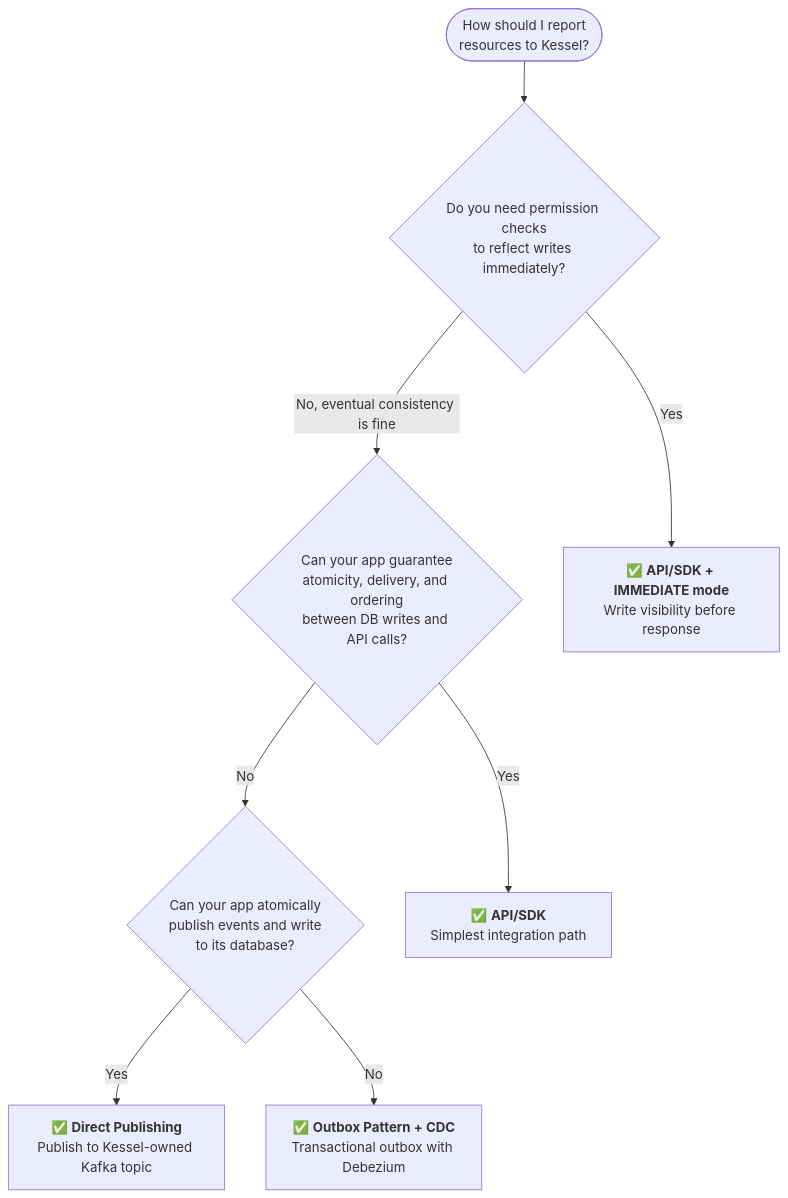
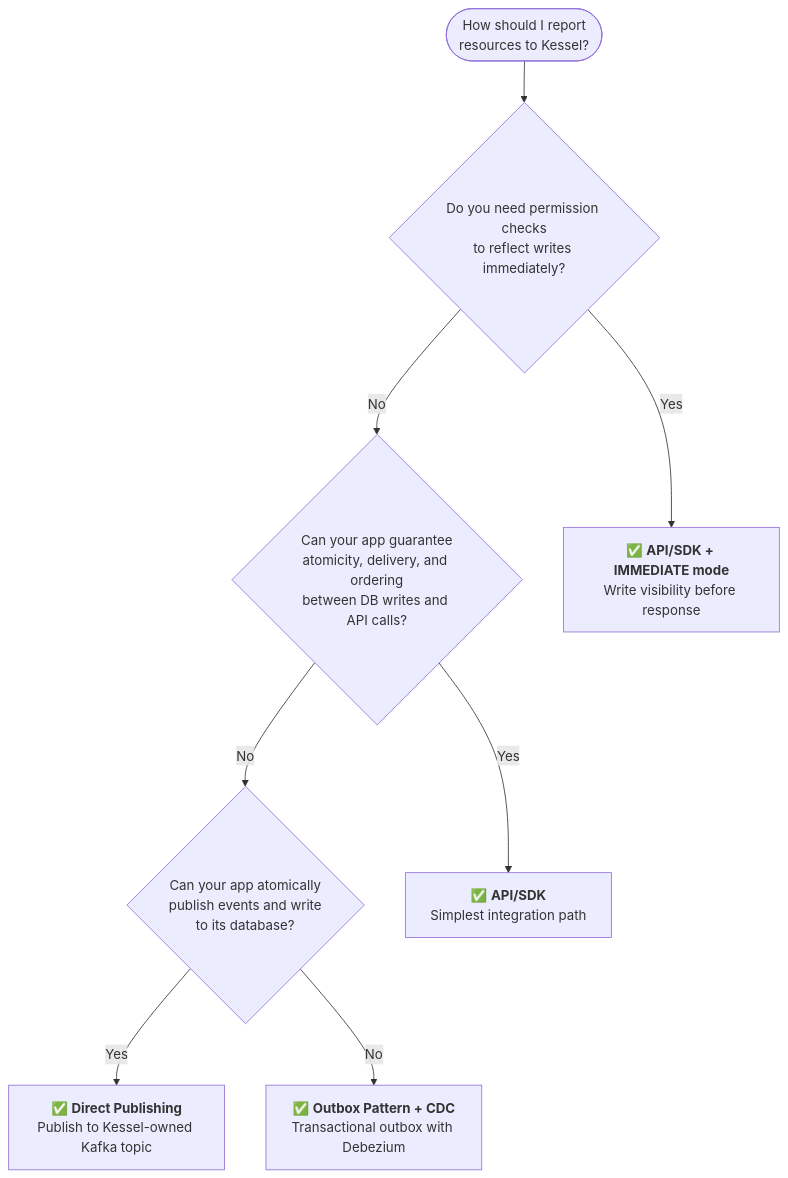
The diagram in src/content/docs/building-with-kessel/how-to/report-resources.mdx (project-kessel/docs), drawn with Mermaid before and after one commit. The commit also changed other lines of this file and 5 other files, not shown here.

````diff
--- a/src/content/docs/building-with-kessel/how-to/report-resources.mdx
+++ b/src/content/docs/building-with-kessel/how-to/report-resources.mdx
@@ -35,20 +35,20 @@
 ```mermaid
 flowchart TD
     START(["How should I report<br/>resources to Kessel?"])
     Q1{"Do you need permission checks<br/>to reflect writes immediately?"}
     Q2{"Can your app guarantee<br/>atomicity, delivery, and ordering<br/>between DB writes and API calls?"}
     Q3{"Can your app atomically<br/>publish events and write<br/>to its database?"}
 
     API_IMM["✅ <strong>API/SDK + IMMEDIATE mode</strong><br/>Write visibility before response"]
     API["✅ <strong>API/SDK</strong><br/>Simplest integration path"]
     DIRECT["✅ <strong>Direct Publishing</strong><br/>Publish to Kessel-owned Kafka topic"]
     OUTBOX["✅ <strong>Outbox Pattern + CDC</strong><br/>Transactional outbox with Debezium"]
 
     START --> Q1
     Q1 -- "Yes" --> API_IMM
-    Q1 -- "No, eventual consistency is fine" --> Q2
+    Q1 -- "No" --> Q2
     Q2 -- "Yes" --> API
     Q2 -- "No" --> Q3
     Q3 -- "Yes" --> DIRECT
     Q3 -- "No" --> OUTBOX
 ```
````
